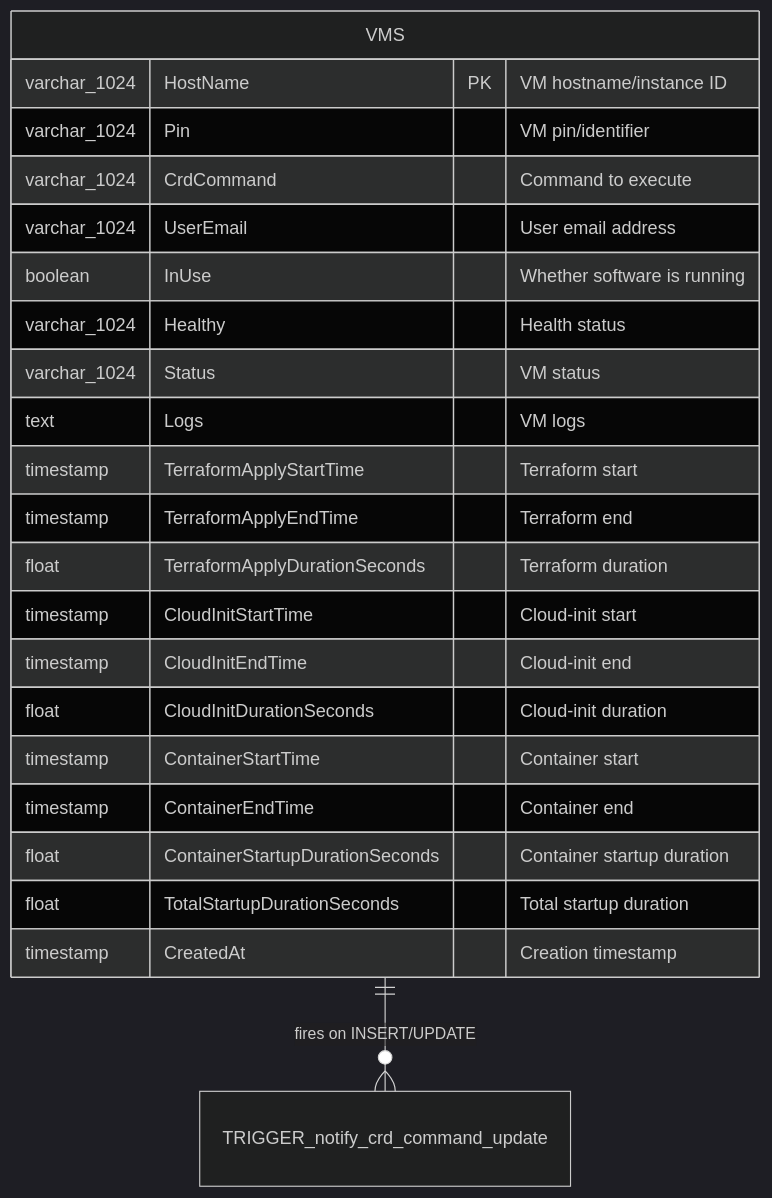
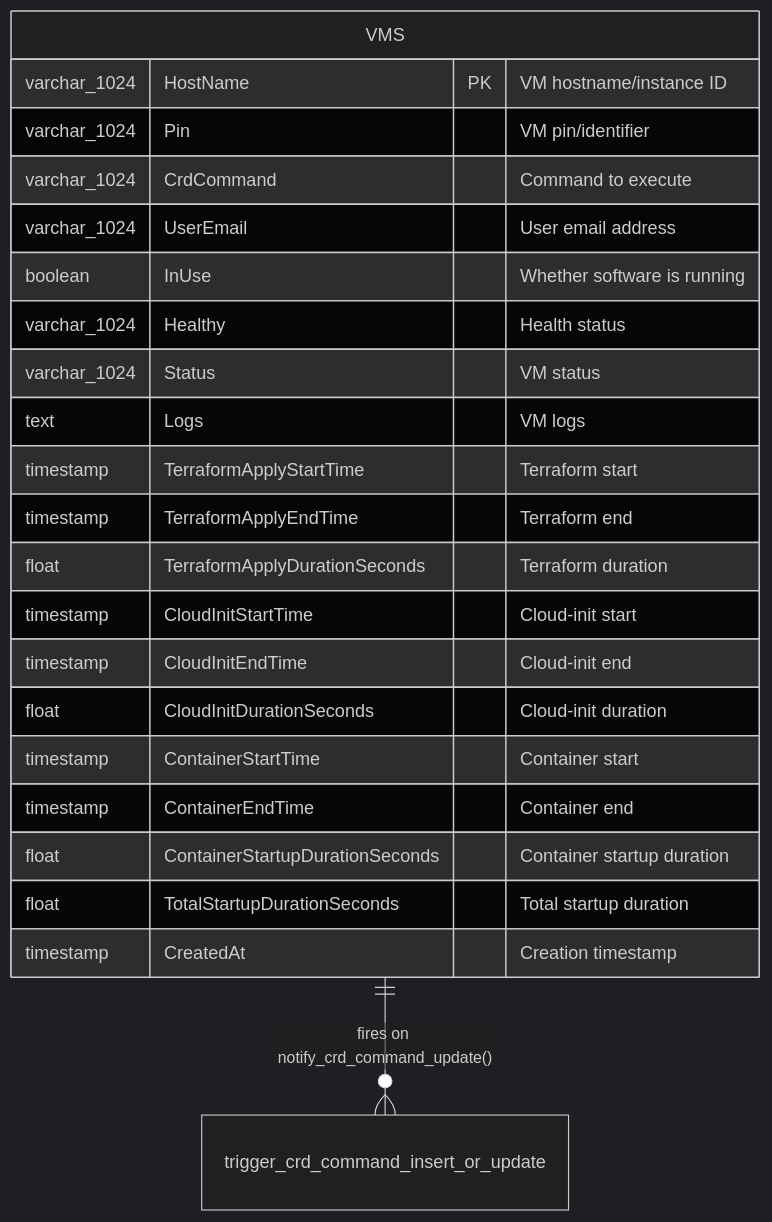
Before and after one commit to talmolab/lablink: the first of 2 diagrams in docs/database.md, drawn with Mermaid (dark theme).

Commit message:
update trigger with correct info

````diff
--- a/docs/database.md
+++ b/docs/database.md
@@ -22,26 +22,26 @@
 ```mermaid
 erDiagram
     VMS {
         varchar_1024 HostName PK "VM hostname/instance ID"
         varchar_1024 Pin "VM pin/identifier"
         varchar_1024 CrdCommand "Command to execute"
         varchar_1024 UserEmail "User email address"
         boolean InUse "Whether software is running"
         varchar_1024 Healthy "Health status"
         varchar_1024 Status "VM status"
         text Logs "VM logs"
         timestamp TerraformApplyStartTime "Terraform start"
         timestamp TerraformApplyEndTime "Terraform end"
         float TerraformApplyDurationSeconds "Terraform duration"
         timestamp CloudInitStartTime "Cloud-init start"
         timestamp CloudInitEndTime "Cloud-init end"
         float CloudInitDurationSeconds "Cloud-init duration"
         timestamp ContainerStartTime "Container start"
         timestamp ContainerEndTime "Container end"
         float ContainerStartupDurationSeconds "Container startup duration"
         float TotalStartupDurationSeconds "Total startup duration"
         timestamp CreatedAt "Creation timestamp"
     }
 
-    VMS ||--o{ TRIGGER_notify_crd_command_update : "fires on INSERT/UPDATE"
+    VMS ||--o{ trigger_crd_command_insert_or_update : "fires on notify_crd_command_update()"
 ```
````
